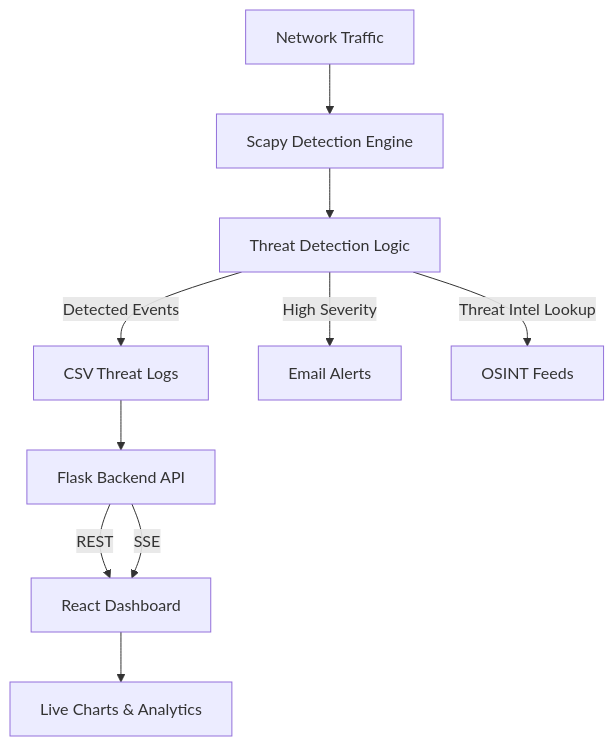
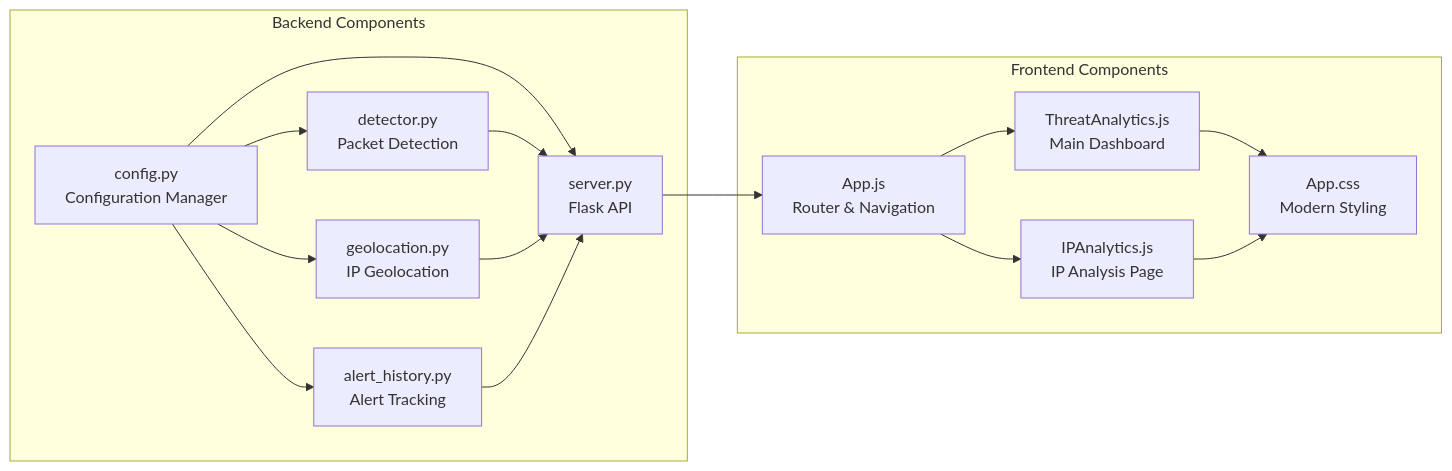
One commit to YuvaBhargav/network-threat-detection-platform- changed the third of 3 diagrams in README.md. Above: the diagram before and after it, drawn with Mermaid. The commit also changed other lines of this file, not shown here.

````diff
--- a/README.md
+++ b/README.md
@@ -32,12 +127,31 @@
 ```mermaid
-flowchart TD
-    A[Network Traffic] --> B[Scapy Detection Engine]
-    B --> C[Threat Detection Logic]
-    C -->|Detected Events| D[CSV Threat Logs]
-    C -->|High Severity| E[Email Alerts]
-    C -->|Threat Intel Lookup| F[OSINT Feeds]
-    D --> G[Flask Backend API]
-    G -->|REST| H[React Dashboard]
-    G -->|SSE| H
-    H --> I[Live Charts & Analytics]
+graph LR
+    subgraph "Backend Components"
+        A[config.py<br/>Configuration Manager]
+        B[detector.py<br/>Packet Detection]
+        C[geolocation.py<br/>IP Geolocation]
+        D[alert_history.py<br/>Alert Tracking]
+        E[server.py<br/>Flask API]
+    end
+    
+    subgraph "Frontend Components"
+        F[App.js<br/>Router & Navigation]
+        G[ThreatAnalytics.js<br/>Main Dashboard]
+        H[IPAnalytics.js<br/>IP Analysis Page]
+        I[App.css<br/>Modern Styling]
+    end
+    
+    A --> B
+    A --> C
+    A --> D
+    A --> E
+    B --> E
+    C --> E
+    D --> E
+    
+    F --> G
+    F --> H
+    G --> I
+    H --> I
+    E --> F
 ```
````
